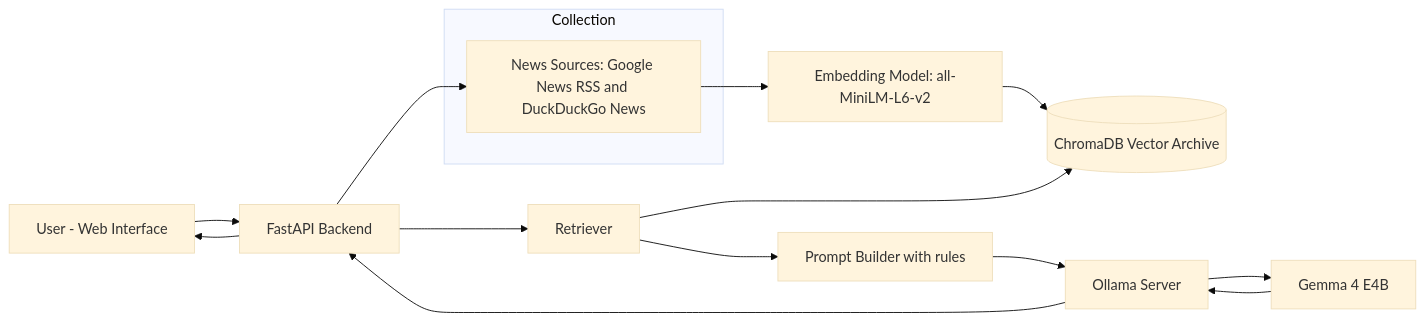
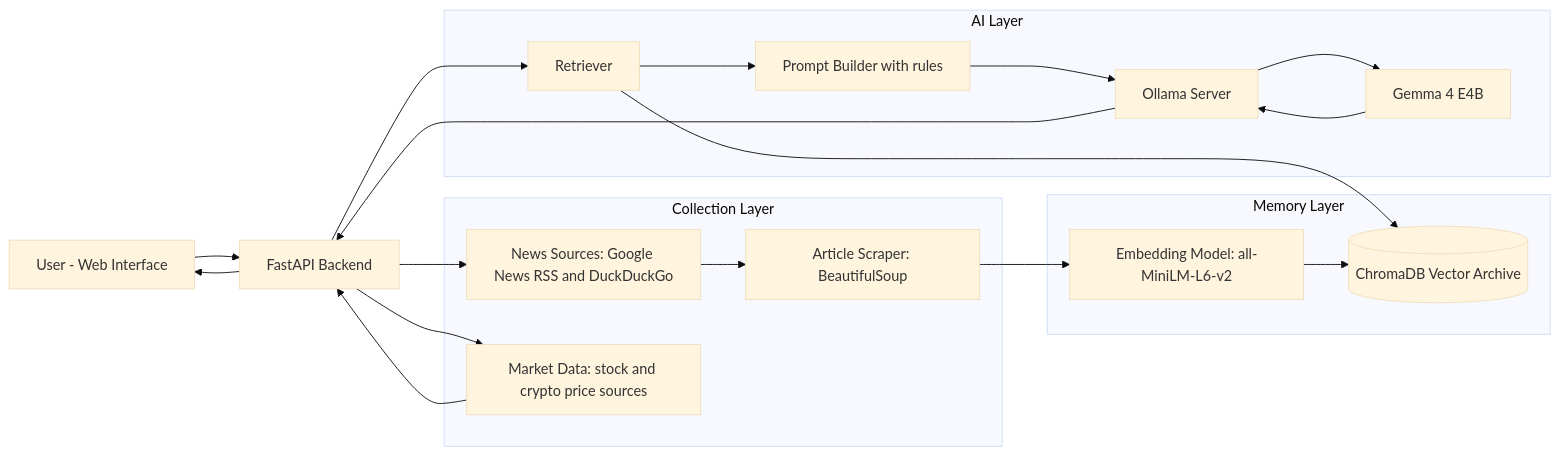
Before and after one commit to Mahivardhan21/hacktoberfest2026byteamBYTE_ME: the first of 3 diagrams in README.md, drawn with Mermaid (base theme). The commit also changed other lines of this file, not shown here.

Commit message:
Revise README with updated architecture and data flow
Updated the architecture diagram and added new data flow details for article scraping and market data fetching.

````diff
--- a/README.md
+++ b/README.md
@@ -178,21 +178,39 @@
 ```mermaid
 flowchart LR
     U["User - Web Interface"] --> API["FastAPI Backend"]
 
-    subgraph Collection
-        NS["News Sources: Google News RSS and DuckDuckGo News"]
+    subgraph COL["Collection Layer"]
+        NS["News Sources: Google News RSS and DuckDuckGo"]
+        SC["Article Scraper: BeautifulSoup"]
+        MD["Market Data: stock and crypto price sources"]
+    end
+
+    subgraph MEM["Memory Layer"]
+        EMB["Embedding Model: all-MiniLM-L6-v2"]
+        VDB[("ChromaDB Vector Archive")]
+    end
+
+    subgraph AIL["AI Layer"]
+        RET["Retriever"]
+        PRM["Prompt Builder with rules"]
+        OLL["Ollama Server"]
+        GEM["Gemma 4 E4B"]
     end
 
     API --> NS
-    NS --> EMB["Embedding Model: all-MiniLM-L6-v2"]
-    EMB --> VDB[("ChromaDB Vector Archive")]
+    API --> MD
+    MD --> API
+    NS --> SC
+    SC --> EMB
+    EMB --> VDB
 
-    API --> RET["Retriever"]
+    API --> RET
     RET --> VDB
-    RET --> PRM["Prompt Builder with rules"]
-    PRM --> OLL["Ollama Server"]
-    OLL --> GEM["Gemma 4 E4B"]
+    RET --> PRM
+    PRM --> OLL
+    OLL --> GEM
     GEM --> OLL
     OLL --> API
+
     API --> U
 ```
````
